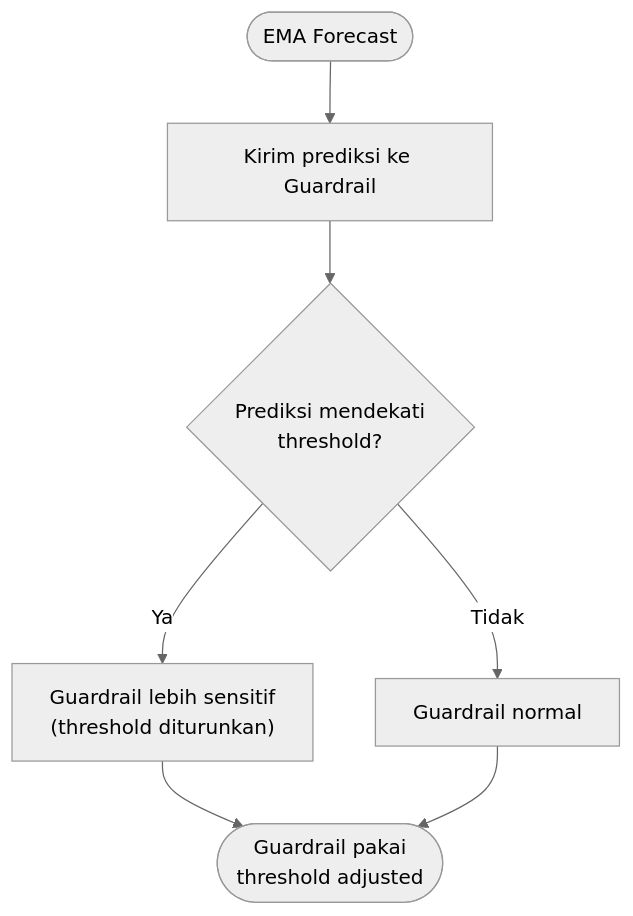
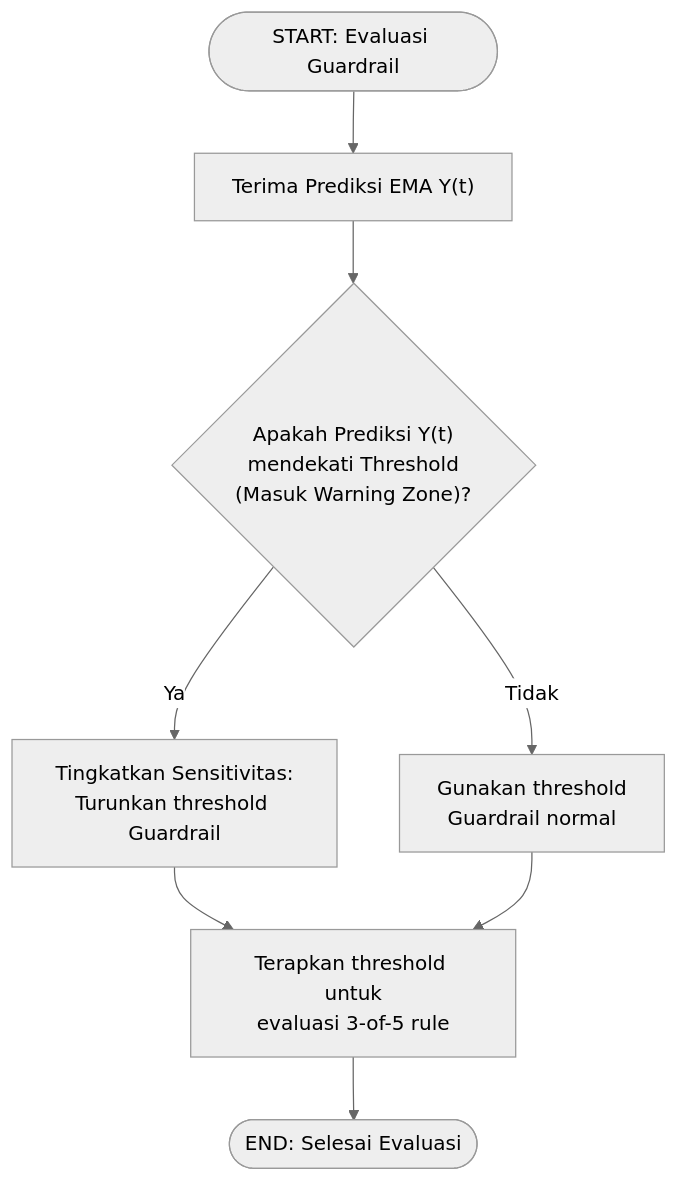
Before and after one commit to fauzanreza/green-container-framework: the fourth of 4 diagrams in architecture-diagrams/layer-3-control/03_ema_predictor.md, drawn with Mermaid (neutral theme). The commit also changed other lines of this file and 17 other files, not shown here.

Commit message:
edit fitur, menyesuaikan Architecture Diagram

````diff
--- a/architecture-diagrams/layer-3-control/03_ema_predictor.md
+++ b/architecture-diagrams/layer-3-control/03_ema_predictor.md
@@ -97,19 +97,22 @@
 ```mermaid
 flowchart TD
-    RAMALAN(["EMA Forecast"])
+    START(["START: Evaluasi Guardrail"])
 
-    KIRIM["Kirim prediksi ke Guardrail"]
+    KIRIM["Terima Prediksi EMA Y(t)"]
 
-    DEKAT{"Prediksi mendekati<br/>threshold?"}
-    SENSITIF["Guardrail lebih sensitif<br/>(threshold diturunkan)"]
-    BIASA["Guardrail normal"]
+    DEKAT{"Apakah Prediksi Y(t)<br/>mendekati Threshold<br/>(Masuk Warning Zone)?"}
+    SENSITIF["Tingkatkan Sensitivitas:<br/>Turunkan threshold Guardrail"]
+    BIASA["Gunakan threshold<br/>Guardrail normal"]
 
-    PAKAI(["Guardrail pakai<br/>threshold adjusted"])
+    PAKAI["Terapkan threshold untuk<br/>evaluasi 3-of-5 rule"]
+    
+    SELESAI(["END: Selesai Evaluasi"])
 
-    RAMALAN --> KIRIM
+    START --> KIRIM
     KIRIM --> DEKAT
     DEKAT -->|Ya| SENSITIF
     DEKAT -->|Tidak| BIASA
     SENSITIF --> PAKAI
     BIASA --> PAKAI
+    PAKAI --> SELESAI
 ```
````
